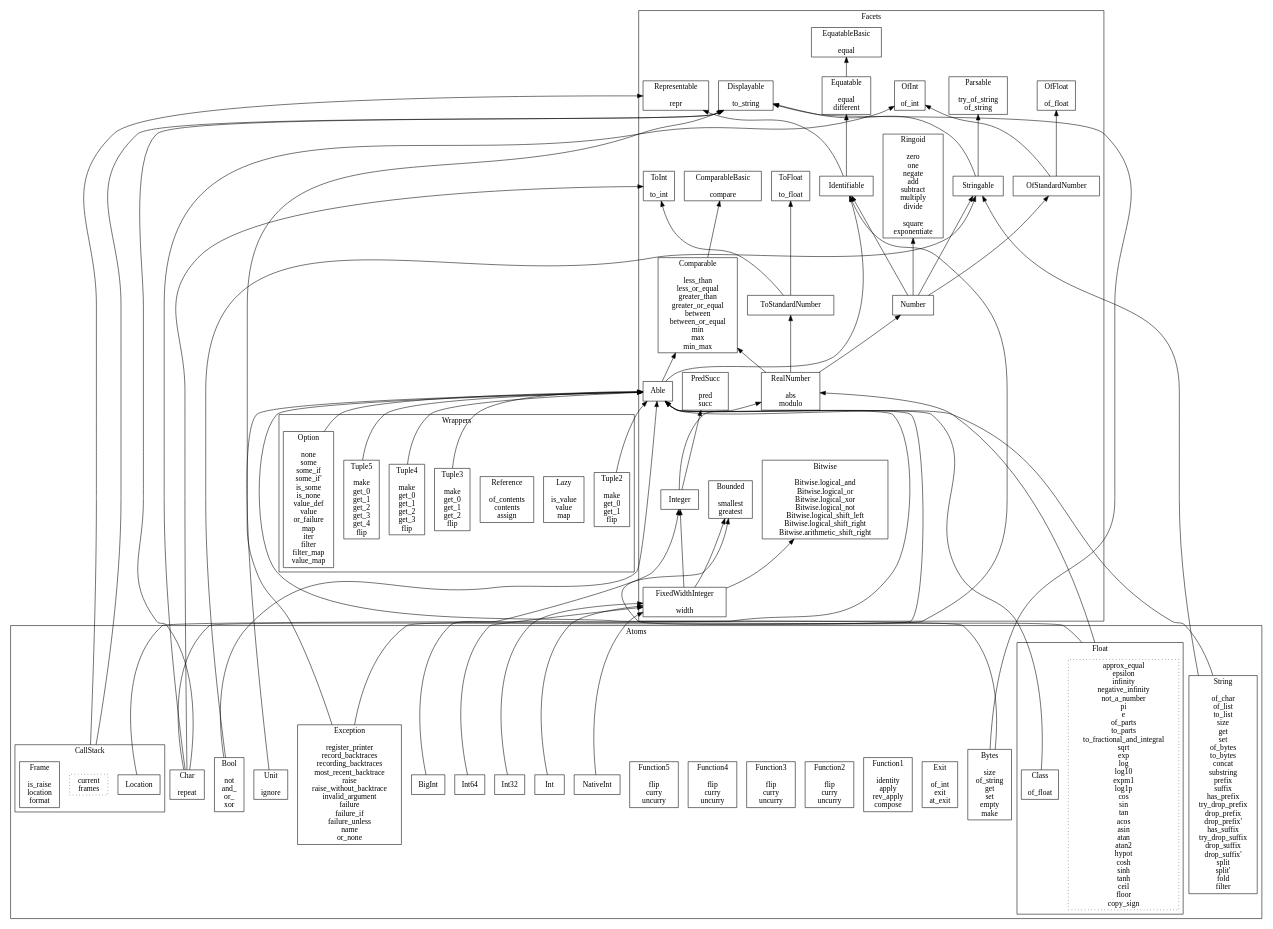
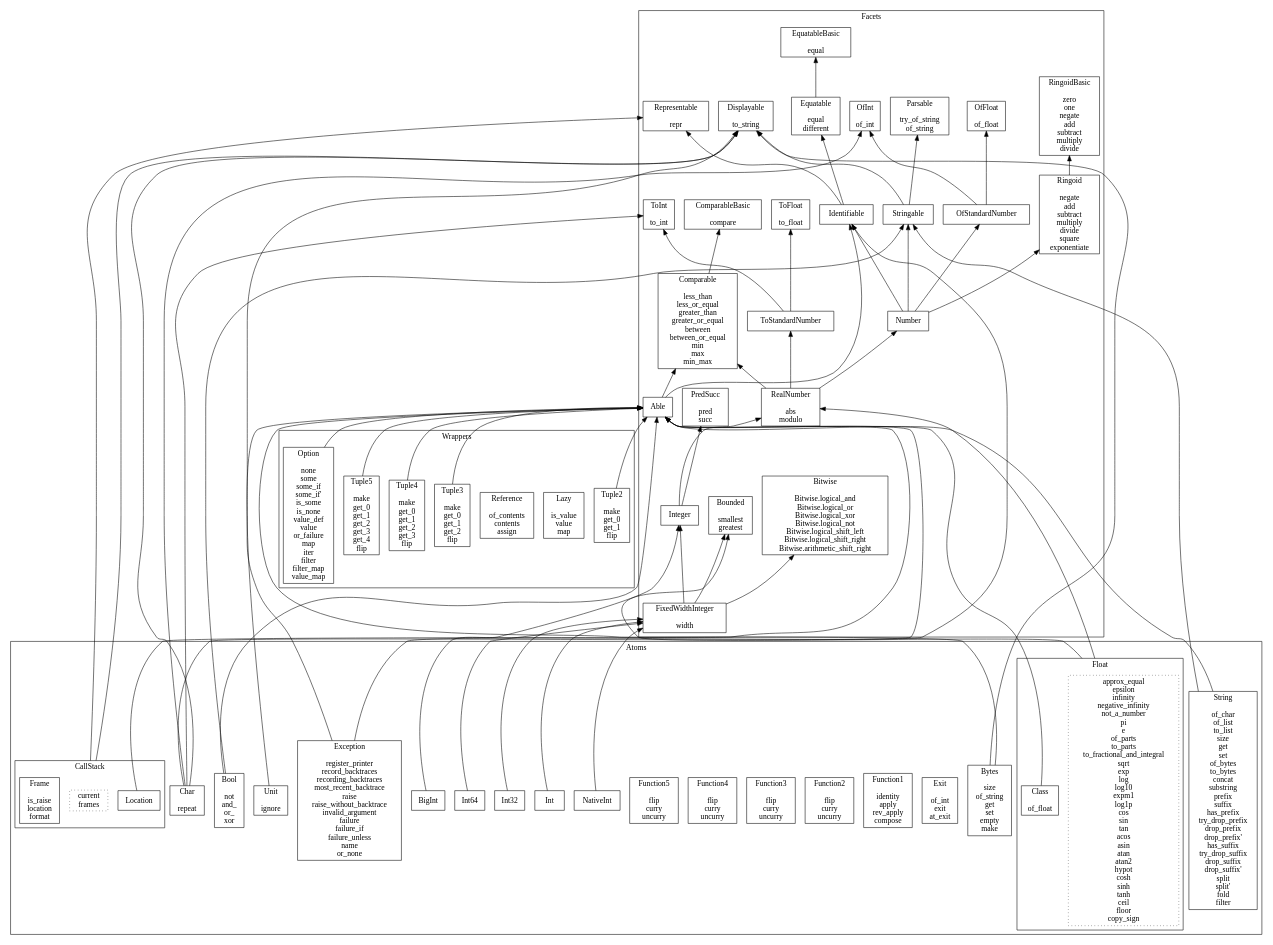
One commit to jacquev6/General changed the diagram in doc/Facets.dot. Above: the diagram before and after it, drawn with Graphviz. The commit also changed 12 other files, not shown here.

Commit message:
Extract facet RingoidBasic from Ringoid

```diff
--- a/doc/Facets.dot
+++ b/doc/Facets.dot
@@ -1,131 +1,133 @@
 digraph {
   compound=true
   rankdir="BT"
   node [shape="box"]
   subgraph cluster_Facets {
     label="Facets"
     labelloc="b"
     representable [label="Representable\n\nrepr"]
     equatablebasic [label="EquatableBasic\n\nequal"]
     equatable [label="Equatable\n\nequal\ndifferent"]
     displayable [label="Displayable\n\nto_string"]
     parsable [label="Parsable\n\ntry_of_string\nof_string"]
     comparablebasic [label="ComparableBasic\n\ncompare"]
     comparable [label="Comparable\n\nless_than\nless_or_equal\ngreater_than\ngreater_or_equal\nbetween\nbetween_or_equal\nmin\nmax\nmin_max"]
-    ringoid [label="Ringoid\n\nzero\none\nnegate\nadd\nsubtract\nmultiply\ndivide\n\nsquare\nexponentiate"]
+    ringoidbasic [label="RingoidBasic\n\nzero\none\nnegate\nadd\nsubtract\nmultiply\ndivide"]
+    ringoid [label="Ringoid\n\nnegate\nadd\nsubtract\nmultiply\ndivide\nsquare\nexponentiate"]
     ofint [label="OfInt\n\nof_int"]
     toint [label="ToInt\n\nto_int"]
     offloat [label="OfFloat\n\nof_float"]
     tofloat [label="ToFloat\n\nto_float"]
     predsucc [label="PredSucc\n\npred\nsucc"]
     bounded [label="Bounded\n\nsmallest\ngreatest"]
     bitwise [label="Bitwise\n\nBitwise.logical_and\nBitwise.logical_or\nBitwise.logical_xor\nBitwise.logical_not\nBitwise.logical_shift_left\nBitwise.logical_shift_right\nBitwise.arithmetic_shift_right"]
     identifiable [label="Identifiable"]
     able [label="Able"]
     stringable [label="Stringable"]
     ofstandardnumber [label="OfStandardNumber"]
     number [label="Number"]
     tostandardnumber [label="ToStandardNumber"]
     realnumber [label="RealNumber\n\nabs\nmodulo"]
     integer [label="Integer"]
     fixedwidthinteger [label="FixedWidthInteger\n\nwidth"]
   }
   subgraph cluster_Atoms {
     label="Atoms"
     labelloc="b"
     subgraph cluster_CallStack {
       label="CallStack"
       labelloc="b"
       callstack [style="dotted",label="current\nframes"]
       location [label="Location"]
       frame [label="Frame\n\nis_raise\nlocation\nformat"]
     }
     exception [label="Exception\n\nregister_printer\nrecord_backtraces\nrecording_backtraces\nmost_recent_backtrace\nraise\nraise_without_backtrace\ninvalid_argument\nfailure\nfailure_if\nfailure_unless\nname\nor_none"]
     exit [label="Exit\n\nof_int\nexit\nat_exit"]
     function1 [label="Function1\n\nidentity\napply\nrev_apply\ncompose"]
     function2 [label="Function2\n\nflip\ncurry\nuncurry"]
     function3 [label="Function3\n\nflip\ncurry\nuncurry"]
     function4 [label="Function4\n\nflip\ncurry\nuncurry"]
     function5 [label="Function5\n\nflip\ncurry\nuncurry"]
     unit [label="Unit\n\nignore"]
     bool [label="Bool\n\nnot\nand_\nor_\nxor"]
     char [label="Char\n\nrepeat"]
     int [label="Int"]
     int32 [label="Int32"]
     int64 [label="Int64"]
     nativeint [label="NativeInt"]
     bigint [label="BigInt"]
     subgraph cluster_Float {
       label="Float"
       labelloc="b"
       float [style="dotted",label="approx_equal\nepsilon\ninfinity\nnegative_infinity\nnot_a_number\npi\ne\nof_parts\nto_parts\nto_fractional_and_integral\nsqrt\nexp\nlog\nlog10\nexpm1\nlog1p\ncos\nsin\ntan\nacos\nasin\natan\natan2\nhypot\ncosh\nsinh\ntanh\nceil\nfloor\ncopy_sign"]
       float_class [label="Class\n\nof_float"]
     }
     string [label="String\n\nof_char\nof_list\nto_list\nsize\nget\nset\nof_bytes\nto_bytes\nconcat\nsubstring\nprefix\nsuffix\nhas_prefix\ntry_drop_prefix\ndrop_prefix\ndrop_prefix'\nhas_suffix\ntry_drop_suffix\ndrop_suffix\ndrop_suffix'\nsplit\nsplit'\nfold\nfilter"]
     bytes [label="Bytes\n\nsize\nof_string\nget\nset\nempty\nmake"]
   }
   subgraph cluster_Wrappers {
     label="Wrappers"
     labelloc="b"
     option [label="Option\n\nnone\nsome\nsome_if\nsome_if'\nis_some\nis_none\nvalue_def\nvalue\nor_failure\nmap\niter\nfilter\nfilter_map\nvalue_map"]
     lazy [label="Lazy\n\nis_value\nvalue\nmap"]
     reference [label="Reference\n\nof_contents\ncontents\nassign"]
     tuple2 [label="Tuple2\n\nmake\nget_0\nget_1\nflip"]
     tuple3 [label="Tuple3\n\nmake\nget_0\nget_1\nget_2\nflip"]
     tuple4 [label="Tuple4\n\nmake\nget_0\nget_1\nget_2\nget_3\nflip"]
     tuple5 [label="Tuple5\n\nmake\nget_0\nget_1\nget_2\nget_3\nget_4\nflip"]
   }
   equatable -> equatablebasic
   comparable -> comparablebasic
+  ringoid -> ringoidbasic
   identifiable -> equatable
   identifiable -> representable
   able -> identifiable
   able -> comparable
   stringable -> displayable
   stringable -> parsable
   ofstandardnumber -> ofint
   ofstandardnumber -> offloat
   number -> identifiable
   number -> stringable
   number -> ringoid
   number -> ofstandardnumber
   tostandardnumber -> toint
   tostandardnumber -> tofloat
   realnumber -> number
   realnumber -> comparable
   realnumber -> tostandardnumber
   integer -> realnumber
   integer -> predsucc
   fixedwidthinteger -> integer
   fixedwidthinteger -> bounded
   fixedwidthinteger -> bitwise
   callstack -> displayable [ltail="cluster_CallStack"]
   callstack -> representable [ltail="cluster_CallStack"]
   location -> able
   exception -> identifiable
   exception -> displayable
   unit -> able
   bool -> able
   bool -> stringable
   char -> able
   char -> displayable
   char -> ofint
   char -> toint
   int -> fixedwidthinteger
   int32 -> fixedwidthinteger
   int64 -> fixedwidthinteger
   nativeint -> fixedwidthinteger
   bigint -> integer
   float -> realnumber [ltail="cluster_Float"]
   float -> bounded [ltail="cluster_Float"]
   float_class -> able
   string -> able
   string -> stringable
   bytes -> able
   bytes -> displayable
   option -> able
   tuple2 -> able
   tuple3 -> able
   tuple4 -> able
   tuple5 -> able
 }
```
